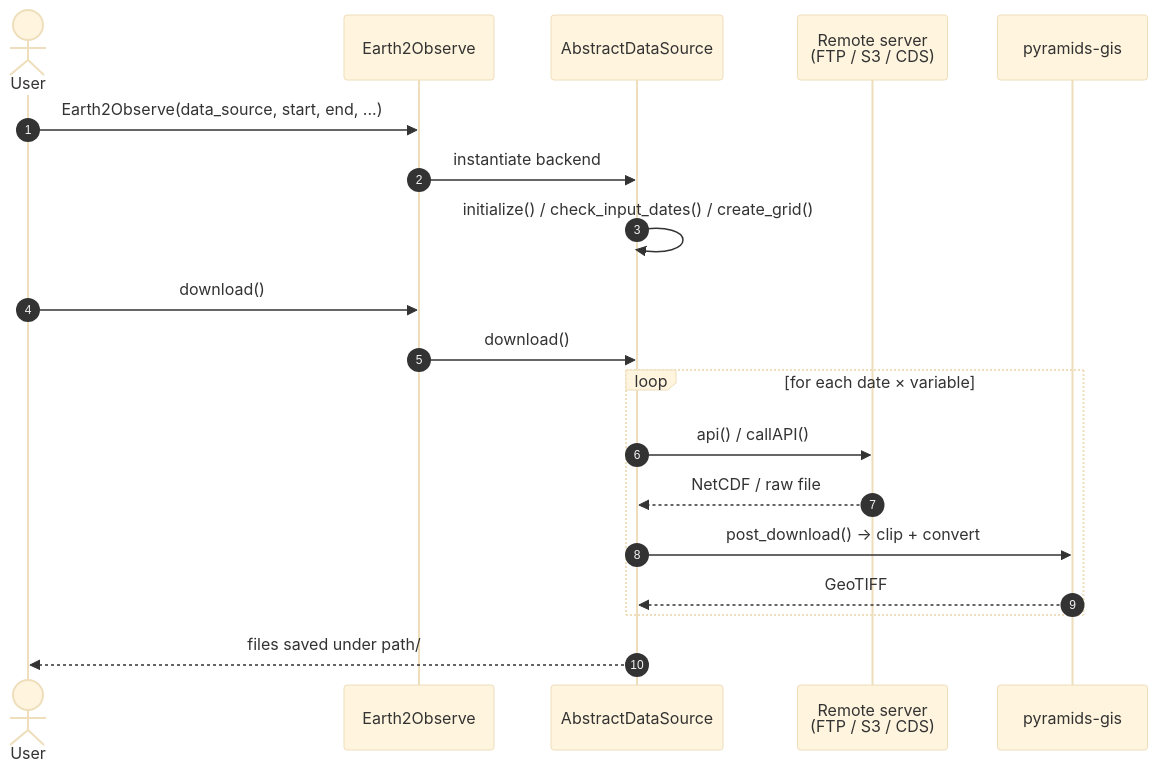
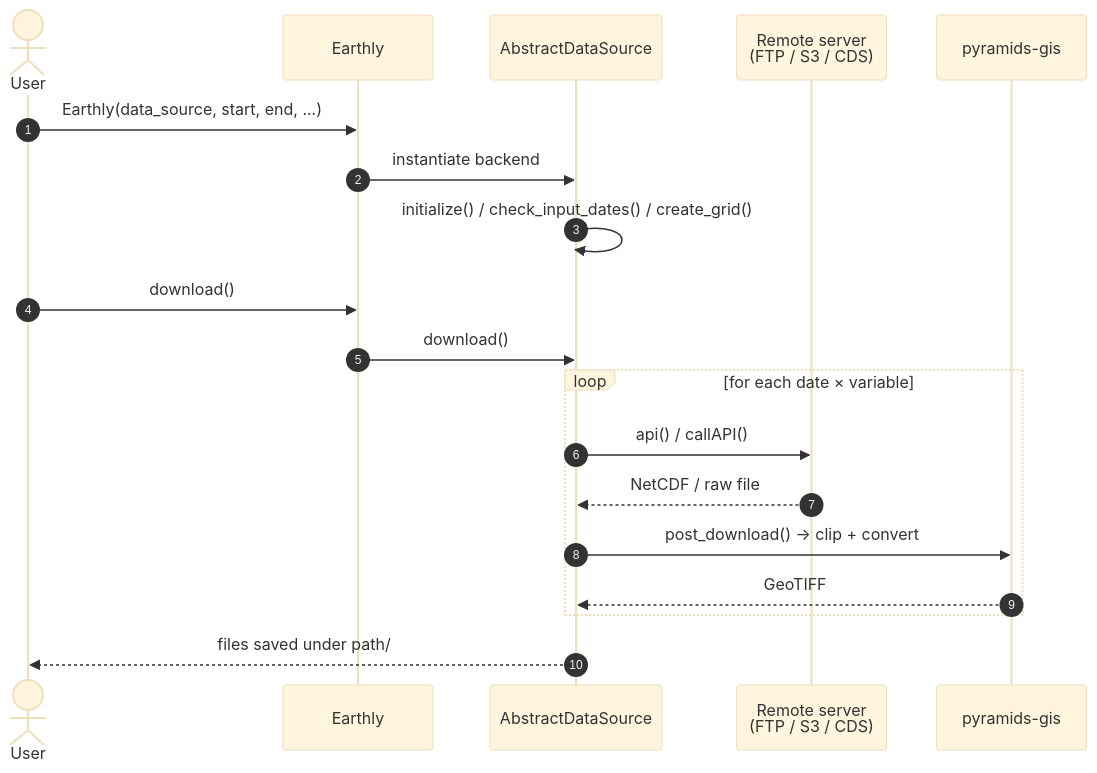
One commit to serapeum-org/earthly changed the fourth of 5 diagrams in docs/overview/architecture.md. Above: the diagram before and after it, drawn with Mermaid (base theme). The commit also changed other lines of this file and 99 other files, not shown here.

````diff
--- a/docs/overview/architecture.md
+++ b/docs/overview/architecture.md
@@ -143,22 +144,22 @@
 ```mermaid
 sequenceDiagram
     autonumber
     actor User
-    participant E2O as Earth2Observe
+    participant E2O as Earthly
     participant DS as AbstractDataSource
     participant Server as Remote server<br/>(FTP / S3 / CDS)
     participant Pyramids as pyramids-gis
 
-    User->>E2O: Earth2Observe(data_source, start, end, ...)
+    User->>E2O: Earthly(data_source, start, end, ...)
     E2O->>DS: instantiate backend
     DS->>DS: initialize() / check_input_dates() / create_grid()
     User->>E2O: download()
     E2O->>DS: download()
     loop for each date × variable
         DS->>Server: api() / callAPI()
         Server-->>DS: NetCDF / raw file
         DS->>Pyramids: post_download() → clip + convert
         Pyramids-->>DS: GeoTIFF
     end
     DS-->>User: files saved under path/
 ```
````
